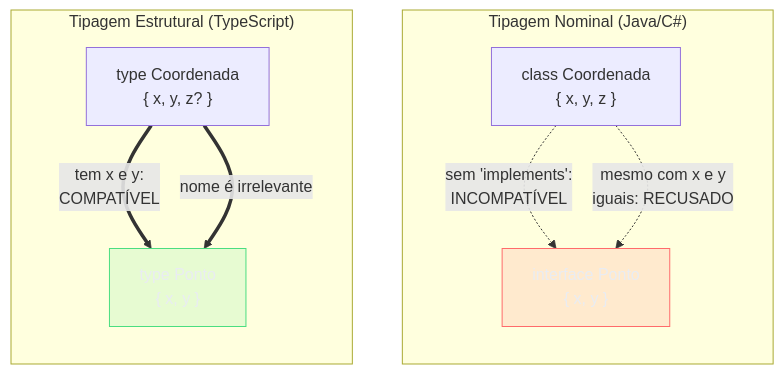
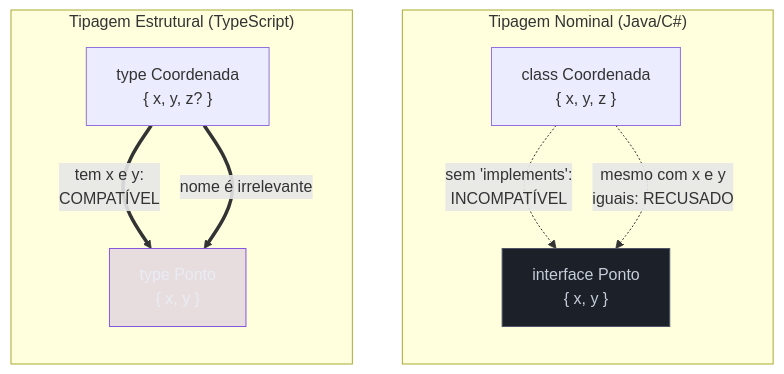
The second of 3 diagrams in 03-Dominios/Tecnologia/TypeScript/01 - O que é TypeScript - gradual, estrutural, apagado.md (josenaldo/codex-technomanticus), drawn with Mermaid before and after one commit. The commit also changed other lines of this file and 601 other files, not shown here.

````diff
--- a/03-Dominios/Tecnologia/TypeScript/01 - O que é TypeScript - gradual, estrutural, apagado.md
+++ b/03-Dominios/Tecnologia/TypeScript/01 - O que é TypeScript - gradual, estrutural, apagado.md
@@ -146,22 +146,22 @@
 ```mermaid
 flowchart TB
-    classDef falha fill:#FF6B6B24,stroke:#FF6B6B,color:#E9ECF2
-    classDef ok fill:#4ADE8021,stroke:#4ADE80,color:#E9ECF2
+    classDef marca fill:#8855DF33,stroke:#8855DF,color:#E9ECF2
+    classDef neutro fill:#1B2029,stroke:#4E5666,color:#C6CCD8
     subgraph NOM["Tipagem Nominal (Java/C#)"]
         direction TB
         N1["class Coordenada\n{ x, y, z }"]
         N2["interface Ponto\n{ x, y }"]
         N1 -.->|"sem 'implements':\nINCOMPATÍVEL"| N2
         N1 -.->|"mesmo com x e y\niguais: RECUSADO"| N2
-        class N2 falha
+        class N2 neutro
     end
 
     subgraph EST["Tipagem Estrutural (TypeScript)"]
         direction TB
         S1["type Coordenada\n{ x, y, z? }"]
         S2["type Ponto\n{ x, y }"]
         S1 ==>|"tem x e y:\nCOMPATÍVEL"| S2
         S1 ==>|"nome é irrelevante"| S2
-        class S2 ok
+        class S2 marca
     end
 ```
````
